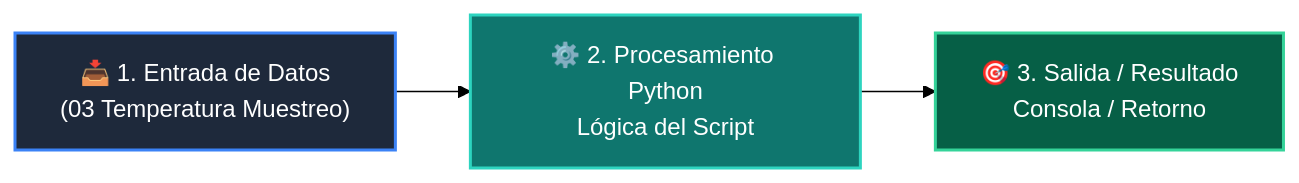
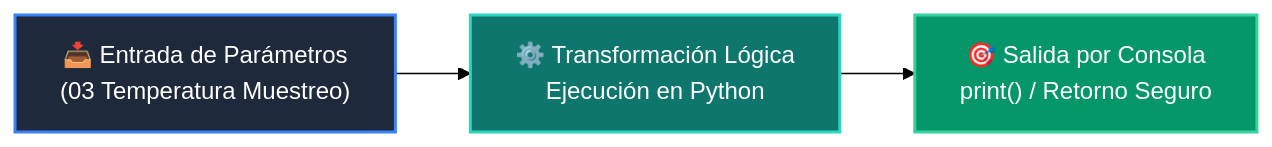
Before and after one commit to wisrovi/wisrovi-python: the diagram in 03-agentes-ia/clase-01-fundamentos-llm-tokenizacion/ejemplos/ejemplo_03_temperatura_muestreo/README.md, drawn with Mermaid (forest theme). The commit also changed other lines of this file and 226 other files, not shown here.

Commit message:
docs: elevate all repository READMEs to world-class mastery standard with rich pedagogical architecture, custom Mermaids, and professional styling

````diff
--- a/03-agentes-ia/clase-01-fundamentos-llm-tokenizacion/ejemplos/ejemplo_03_temperatura_muestreo/README.md
+++ b/03-agentes-ia/clase-01-fundamentos-llm-tokenizacion/ejemplos/ejemplo_03_temperatura_muestreo/README.md
@@ -12,9 +19,9 @@
 ```mermaid
 flowchart LR
-    A["📥 1. Entrada de Datos<br/>(03 Temperatura Muestreo)"] --> B["⚙️ 2. Procesamiento Python<br/>Lógica del Script"]
-    B --> C["🎯 3. Salida / Resultado<br/>Consola / Retorno"]
+    A["📥 Entrada de Parámetros<br/>(03 Temperatura Muestreo)"] --> B["⚙️ Transformación Lógica<br/>Ejecución en Python"]
+    B --> C["🎯 Salida por Consola<br/>print() / Retorno Seguro"]
 
-    style A fill:#1e293b,color:#fff,stroke:#3b82f6,stroke-width:2px
-    style B fill:#0f766e,color:#fff,stroke:#2dd4bf,stroke-width:2px
-    style C fill:#065f46,color:#fff,stroke:#34d399,stroke-width:2px
+    style A fill:#1e293b,color:#ffffff,stroke:#3b82f6,stroke-width:2px
+    style B fill:#0f766e,color:#ffffff,stroke:#2dd4bf,stroke-width:2px
+    style C fill:#059669,color:#ffffff,stroke:#34d399,stroke-width:2px
 ```
````
